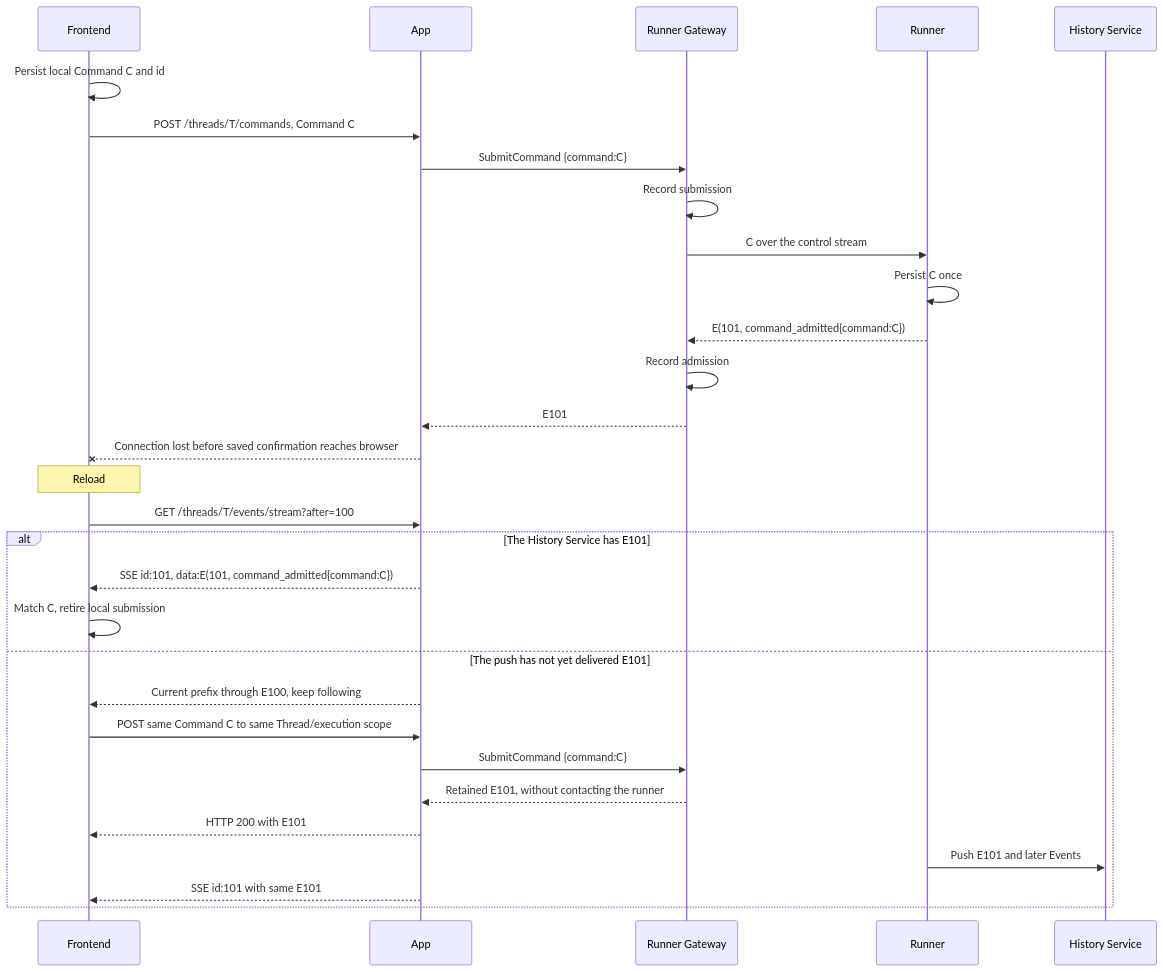
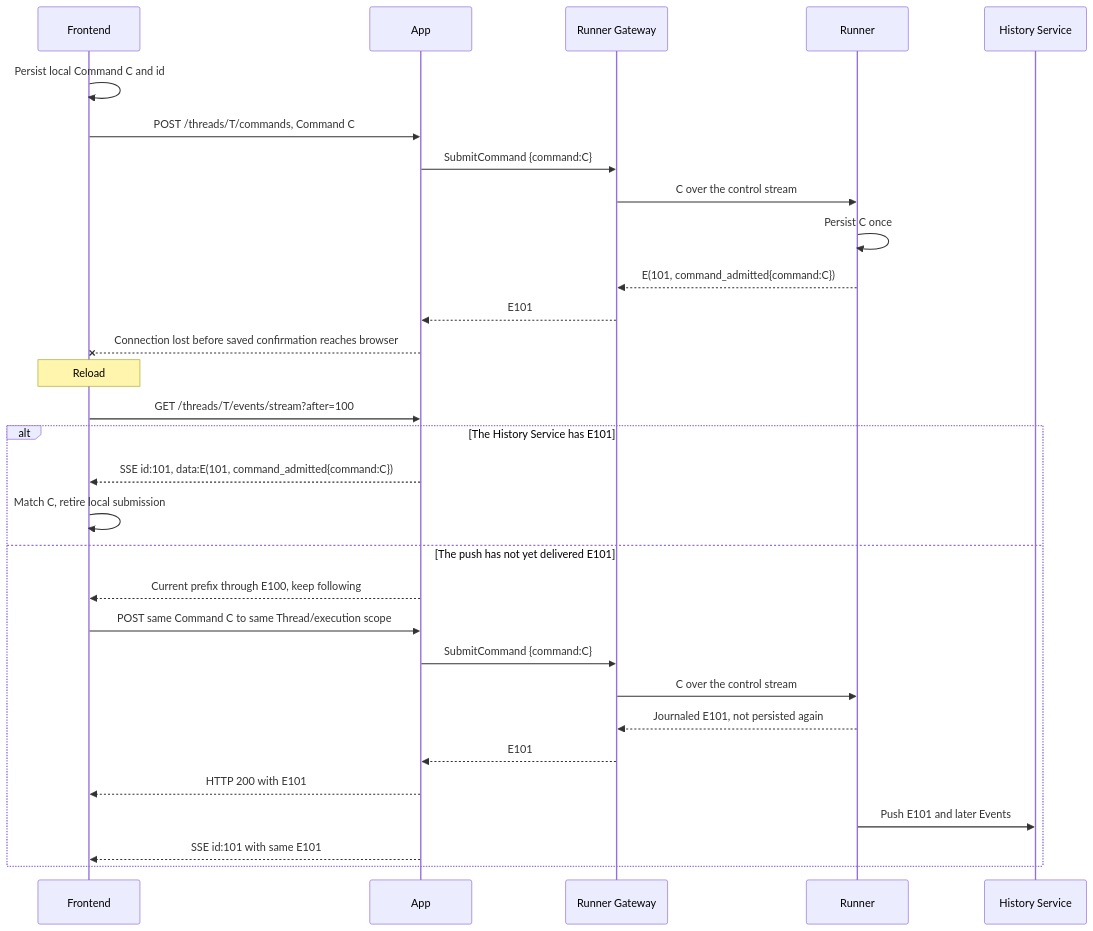
The fifth of 6 diagrams in agentplane/docs/thread_layering.md (agentydragon-agent/ducktape), drawn with Mermaid before and after one commit. The commit also changed 48 other files, not shown here.

````diff
--- a/agentplane/docs/thread_layering.md
+++ b/agentplane/docs/thread_layering.md
@@ -422,32 +422,32 @@
 ```mermaid
 sequenceDiagram
     participant F as Frontend
     participant A as App
     participant G as Runner Gateway
     participant R as Runner
     participant HS as History Service
     F->>F: Persist local Command C and id
     F->>A: POST /threads/T/commands, Command C
     A->>G: SubmitCommand {command:C}
-    G->>G: Record submission
     G->>R: C over the control stream
     R->>R: Persist C once
     R-->>G: E(101, command_admitted{command:C})
-    G->>G: Record admission
     G-->>A: E101
     A--xF: Connection lost before saved confirmation reaches browser
     Note over F: Reload
     F->>A: GET /threads/T/events/stream?after=100
     alt The History Service has E101
         A-->>F: SSE id:101, data:E(101, command_admitted{command:C})
         F->>F: Match C, retire local submission
     else The push has not yet delivered E101
         A-->>F: Current prefix through E100, keep following
         F->>A: POST same Command C to same Thread/execution scope
         A->>G: SubmitCommand {command:C}
-        G-->>A: Retained E101, without contacting the runner
+        G->>R: C over the control stream
+        R-->>G: Journaled E101, not persisted again
+        G-->>A: E101
         A-->>F: HTTP 200 with E101
         R->>HS: Push E101 and later Events
         A-->>F: SSE id:101 with same E101
     end
 ```
````
